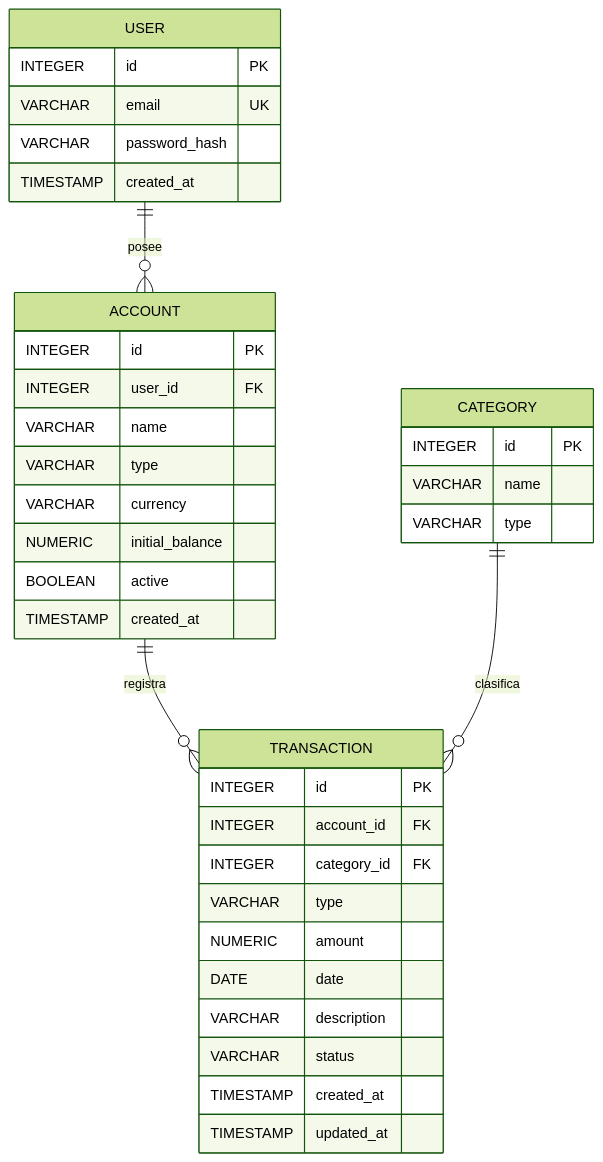
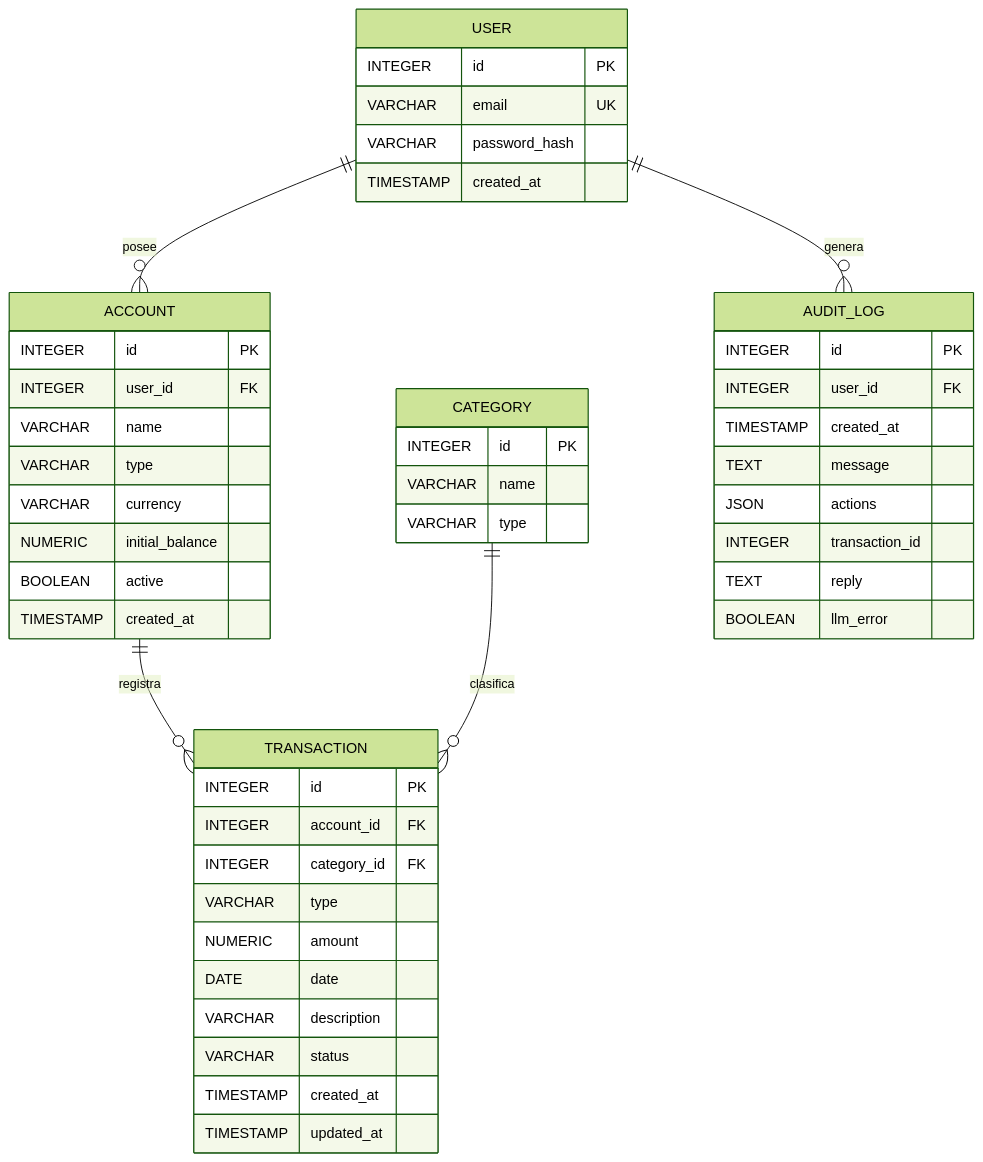
The diagram in docs/modelo-datos.md (alochism/TP_FINAL), drawn with Mermaid (forest theme) before and after one commit. The commit also changed other lines of this file and 6 other files, not shown here.

````diff
--- a/docs/modelo-datos.md
+++ b/docs/modelo-datos.md
@@ -214,43 +267,55 @@
 ```mermaid
 erDiagram
     USER ||--o{ ACCOUNT : posee
     ACCOUNT ||--o{ TRANSACTION : registra
     CATEGORY ||--o{ TRANSACTION : clasifica
+    USER ||--o{ AUDIT_LOG : genera
 
     USER {
         INTEGER id PK
         VARCHAR email UK
         VARCHAR password_hash
         TIMESTAMP created_at
     }
 
     ACCOUNT {
         INTEGER id PK
         INTEGER user_id FK
         VARCHAR name
         VARCHAR type
         VARCHAR currency
         NUMERIC initial_balance
         BOOLEAN active
         TIMESTAMP created_at
     }
 
     CATEGORY {
         INTEGER id PK
         VARCHAR name
         VARCHAR type
     }
 
     TRANSACTION {
         INTEGER id PK
         INTEGER account_id FK
         INTEGER category_id FK
         VARCHAR type
         NUMERIC amount
         DATE date
         VARCHAR description
         VARCHAR status
         TIMESTAMP created_at
         TIMESTAMP updated_at
     }
+
+    AUDIT_LOG {
+        INTEGER id PK
+        INTEGER user_id FK
+        TIMESTAMP created_at
+        TEXT message
+        JSON actions
+        INTEGER transaction_id
+        TEXT reply
+        BOOLEAN llm_error
+    }
 ```
````
